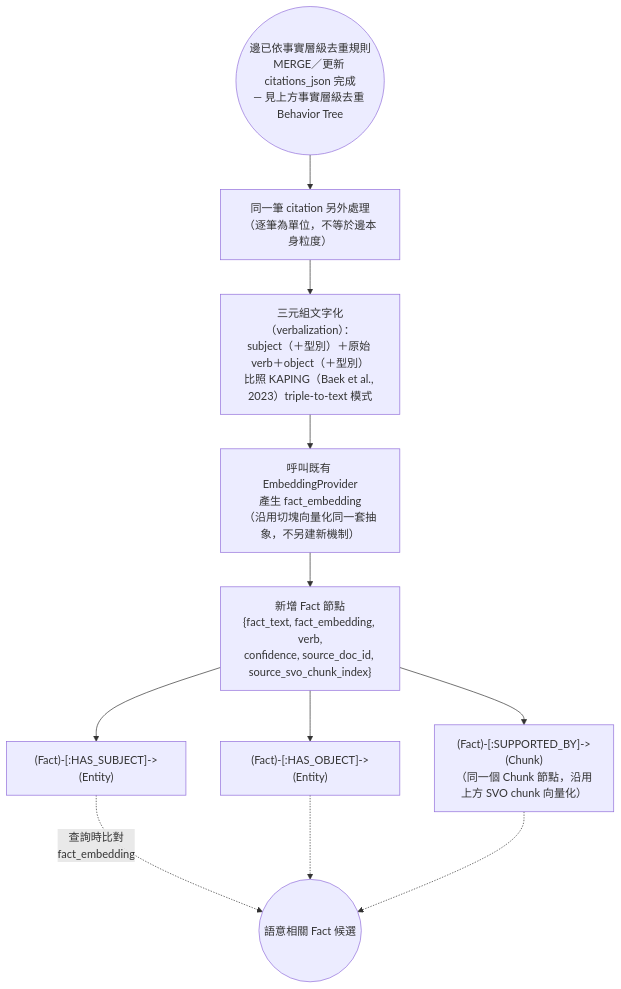
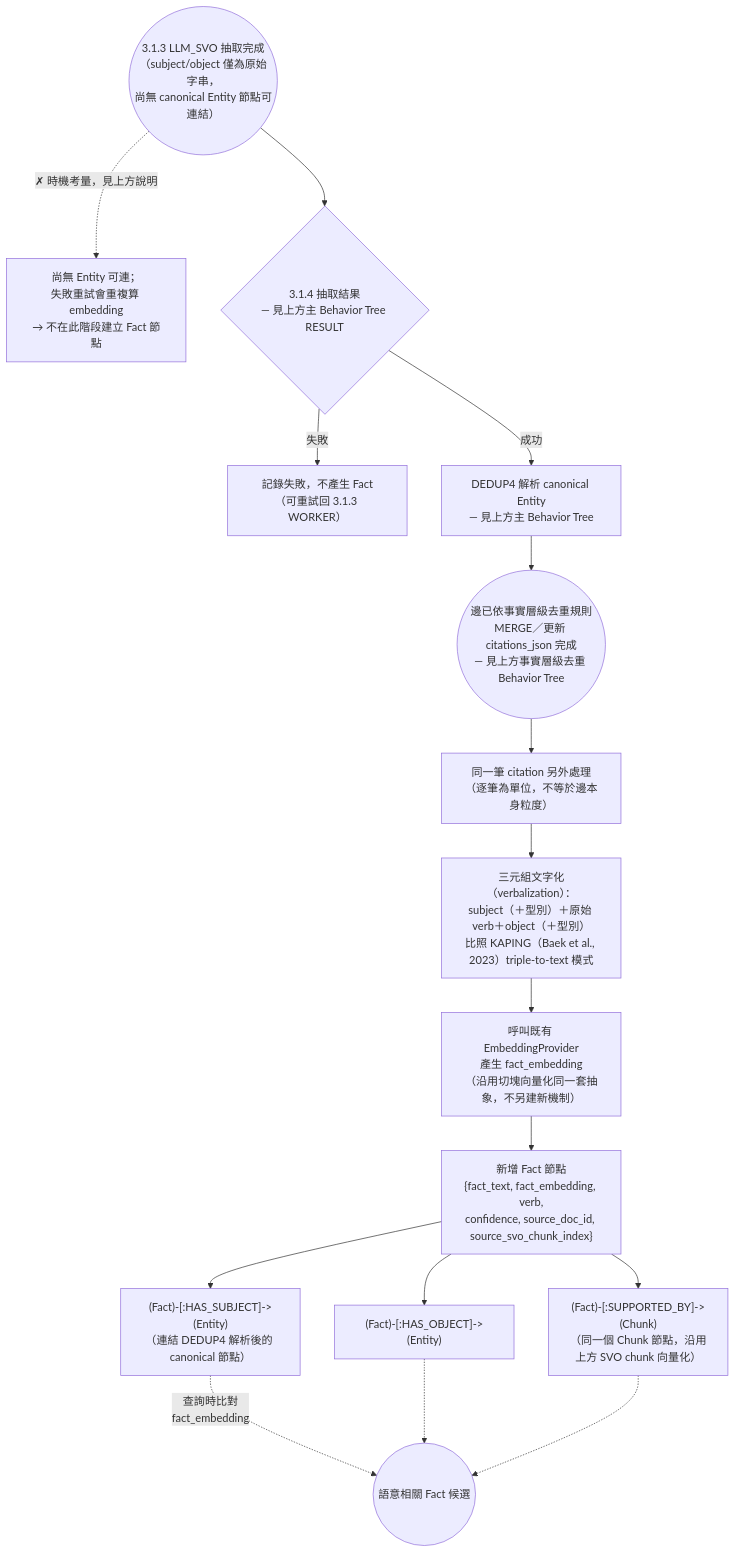
The ninth of 17 diagrams in docs/論文/03_系統設計與方法論.md (Chester930/world-knowledge-graph-rag), drawn with Mermaid before and after one commit. The commit also changed other lines of this file, not shown here.

Commit message:
docs(thesis): 補充 3.1.4 §a 事實層級向量化的時機選擇理由，更新 Behavior Tree
明確化「為何在抽取之後（DEDUP4/MERGE 完成）而非抽取當下（3.1.3 LLM_SVO）
建立 Fact 節點」：Entity 連結需等 DEDUP4 解析完成、抽取失敗重試避免重複算
embedding。Behavior Tree 加上抽取結果分支（失敗丟棄／成功才進入向量化）
與明確標示的時機考量拒絕分支。

````diff
--- a/docs/論文/03_系統設計與方法論.md
+++ b/docs/論文/03_系統設計與方法論.md
@@ -447,13 +449,18 @@
 ```mermaid
 flowchart TD
-    MERGE4B(("邊已依事實層級去重規則<br/>MERGE／更新 citations_json 完成<br/>— 見上方事實層級去重 Behavior Tree")) --> PERCIT["同一筆 citation 另外處理<br/>（逐筆為單位，不等於邊本身粒度）"]
+    LLMSVO(("3.1.3 LLM_SVO 抽取完成<br/>（subject/object 僅為原始字串，<br/>尚無 canonical Entity 節點可連結）")) -.->|"✗ 時機考量，見上方說明"| REJECT4["尚無 Entity 可連；<br/>失敗重試會重複算 embedding<br/>→ 不在此階段建立 Fact 節點"]
+    LLMSVO --> RESULT4{"3.1.4 抽取結果<br/>— 見上方主 Behavior Tree RESULT"}
+    RESULT4 -->|失敗| DISCARD4["記錄失敗，不產生 Fact<br/>（可重試回 3.1.3 WORKER）"]
+    RESULT4 -->|成功| DEDUP4C["DEDUP4 解析 canonical Entity<br/>— 見上方主 Behavior Tree"]
+    DEDUP4C --> MERGE4B(("邊已依事實層級去重規則<br/>MERGE／更新 citations_json 完成<br/>— 見上方事實層級去重 Behavior Tree"))
+    MERGE4B --> PERCIT["同一筆 citation 另外處理<br/>（逐筆為單位，不等於邊本身粒度）"]
     PERCIT --> VERBALIZE["三元組文字化（verbalization）：<br/>subject（＋型別）＋原始 verb＋object（＋型別）<br/>比照 KAPING（Baek et al., 2023）triple-to-text 模式"]
     VERBALIZE --> FACTEMB["呼叫既有 EmbeddingProvider<br/>產生 fact_embedding<br/>（沿用切塊向量化同一套抽象，不另建新機制）"]
     FACTEMB --> FACTNODE["新增 Fact 節點<br/>{fact_text, fact_embedding, verb,<br/>confidence, source_doc_id, source_svo_chunk_index}"]
-    FACTNODE --> LINKSUBJ["(Fact)-[:HAS_SUBJECT]->(Entity)"]
+    FACTNODE --> LINKSUBJ["(Fact)-[:HAS_SUBJECT]->(Entity)<br/>（連結 DEDUP4 解析後的 canonical 節點）"]
     FACTNODE --> LINKOBJ["(Fact)-[:HAS_OBJECT]->(Entity)"]
     FACTNODE --> LINKCHUNK["(Fact)-[:SUPPORTED_BY]->(Chunk)<br/>（同一個 Chunk 節點，沿用上方 SVO chunk 向量化）"]
     LINKSUBJ -.->|"查詢時比對<br/>fact_embedding"| RETRIEVE(("語意相關 Fact 候選"))
     LINKOBJ -.-> RETRIEVE
     LINKCHUNK -.-> RETRIEVE
 ```
````
